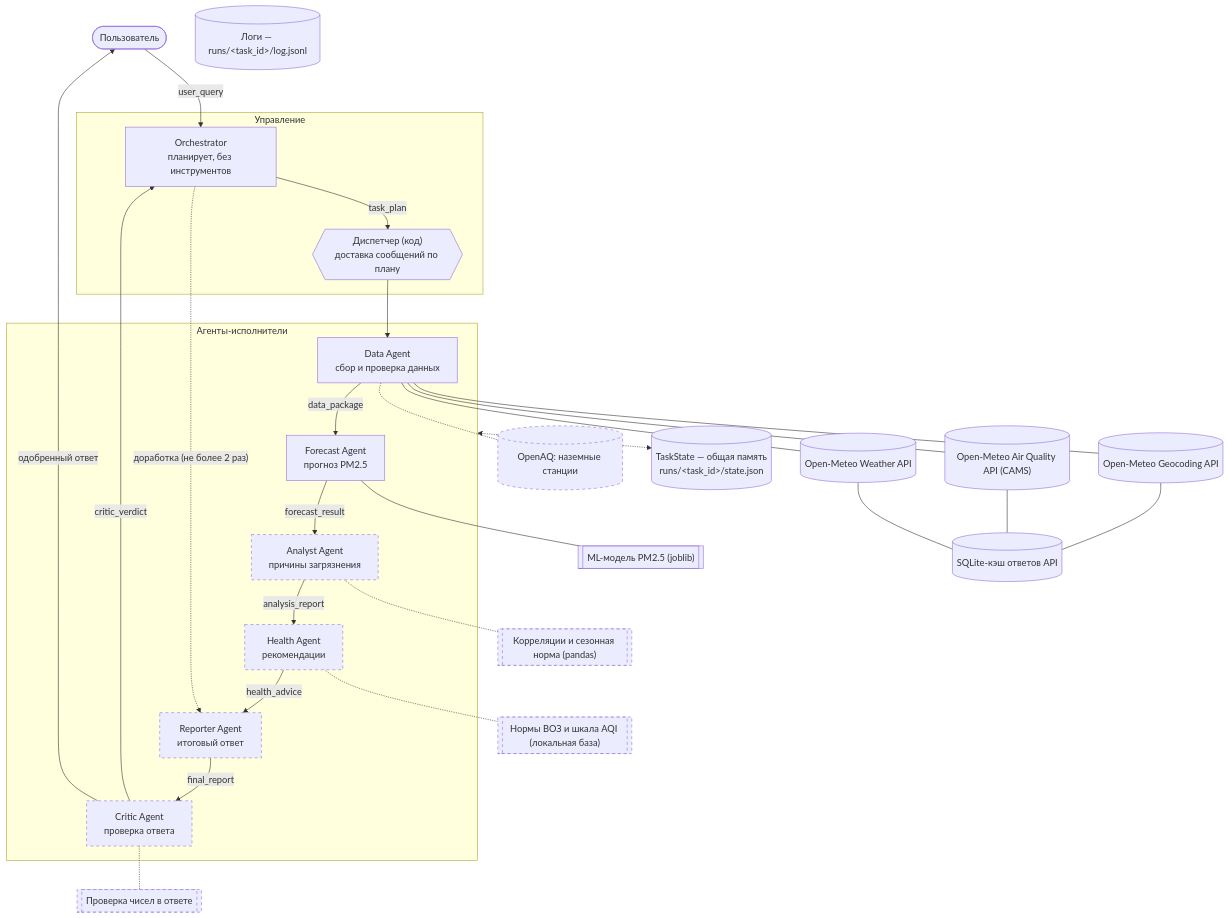
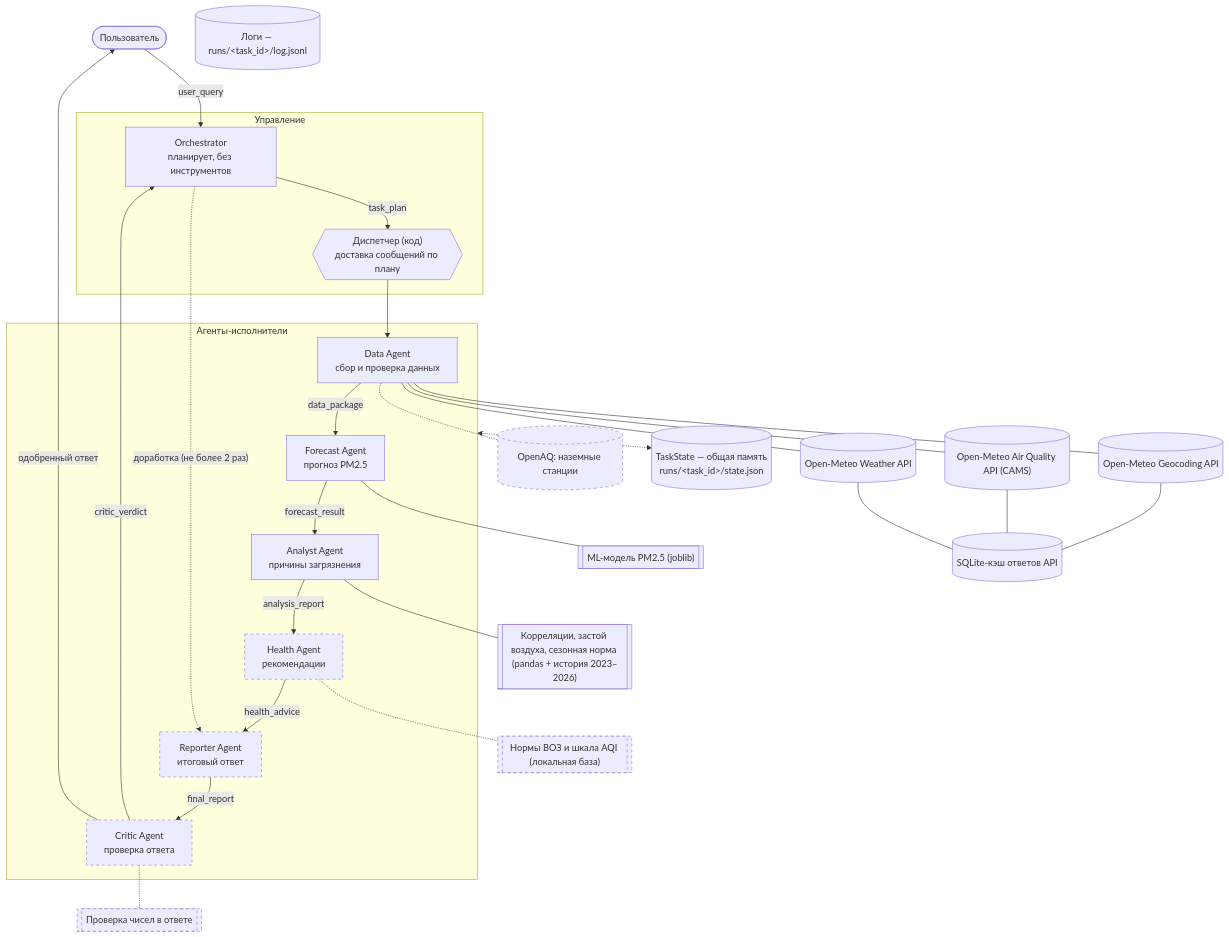
The first of 2 diagrams in docs/02_architecture.md (beliyaka98/ml-multiagent), drawn with Mermaid before and after one commit. The commit also changed other lines of this file and 14 other files, not shown here.

````diff
--- a/docs/02_architecture.md
+++ b/docs/02_architecture.md
@@ -16,48 +16,48 @@
 ```mermaid
 flowchart TB
     U([Пользователь]) -->|user_query| O
 
     subgraph CTRL[Управление]
         O["Orchestrator<br/>планирует, без инструментов"]
         D{{"Диспетчер (код)<br/>доставка сообщений по плану"}}
     end
 
     O -->|task_plan| D
     D --> DA
 
     subgraph WORK[Агенты-исполнители]
         DA["Data Agent<br/>сбор и проверка данных"]
         FA["Forecast Agent<br/>прогноз PM2.5"]
         AA["Analyst Agent<br/>причины загрязнения"]
         HA["Health Agent<br/>рекомендации"]
         RA["Reporter Agent<br/>итоговый ответ"]
         CA["Critic Agent<br/>проверка ответа"]
         DA -->|data_package| FA
         FA -->|forecast_result| AA
         AA -->|analysis_report| HA
         HA -->|health_advice| RA
         RA -->|final_report| CA
     end
 
     CA -->|"critic_verdict"| O
     O -.->|"доработка (не более 2 раз)"| RA
     CA -->|одобренный ответ| U
 
     DA --- T1[("Open-Meteo Geocoding API")]
     DA --- T2[("Open-Meteo Air Quality API (CAMS)")]
     DA --- T3[("Open-Meteo Weather API")]
     DA -.- T4[("OpenAQ: наземные станции")]
     FA --- T5[["ML-модель PM2.5 (joblib)"]]
-    AA -.- T6[["Корреляции и сезонная норма (pandas)"]]
+    AA --- T6[["Корреляции, застой воздуха, сезонная норма (pandas + история 2023–2026)"]]
     HA -.- T7[["Нормы ВОЗ и шкала AQI (локальная база)"]]
     CA -.- T8[["Проверка чисел в ответе"]]
 
     S[("TaskState — общая память<br/>runs/&lt;task_id&gt;/state.json")]
     L[("Логи — runs/&lt;task_id&gt;/log.jsonl")]
     C[("SQLite-кэш ответов API")]
     WORK <-.-> S
     T1 & T2 & T3 --- C
 
     classDef planned stroke-dasharray: 5 5
-    class AA,HA,RA,CA,T4,T6,T7,T8 planned
+    class HA,RA,CA,T4,T7,T8 planned
 ```
````
